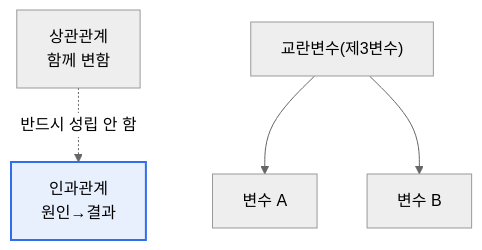
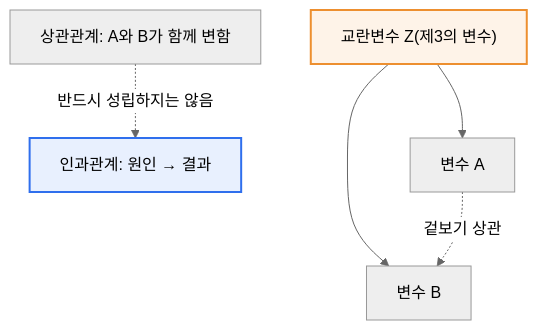
One commit to coninggu/wjdqhrhksflrltnftk changed the first of 2 diagrams in content/correlation-causation.md. Above: the diagram before and after it, drawn with Mermaid (neutral theme). The commit also changed other lines of this file and 3 other files, not shown here.

````diff
--- a/content/correlation-causation.md
+++ b/content/correlation-causation.md
@@ -15,7 +19,9 @@
 ```mermaid
 flowchart TB
-  C["상관관계<br/>함께 변함"] -.->|반드시 성립 안 함| K["인과관계<br/>원인→결과"]
-  Z["교란변수(제3변수)"] --> A[변수 A]
-  Z --> B[변수 B]
+  C["상관관계: A와 B가 함께 변함"] -.->|"반드시 성립하지는 않음"| K["인과관계: 원인 → 결과"]
+  Z["교란변수 Z(제3의 변수)"] --> A["변수 A"]
+  Z --> B["변수 B"]
+  A -.->|"겉보기 상관"| B
   style K fill:#e8f0fe,stroke:#2f6fed,stroke-width:2px
+  style Z fill:#fef3e8,stroke:#ed8f2f,stroke-width:2px
 ```
````
